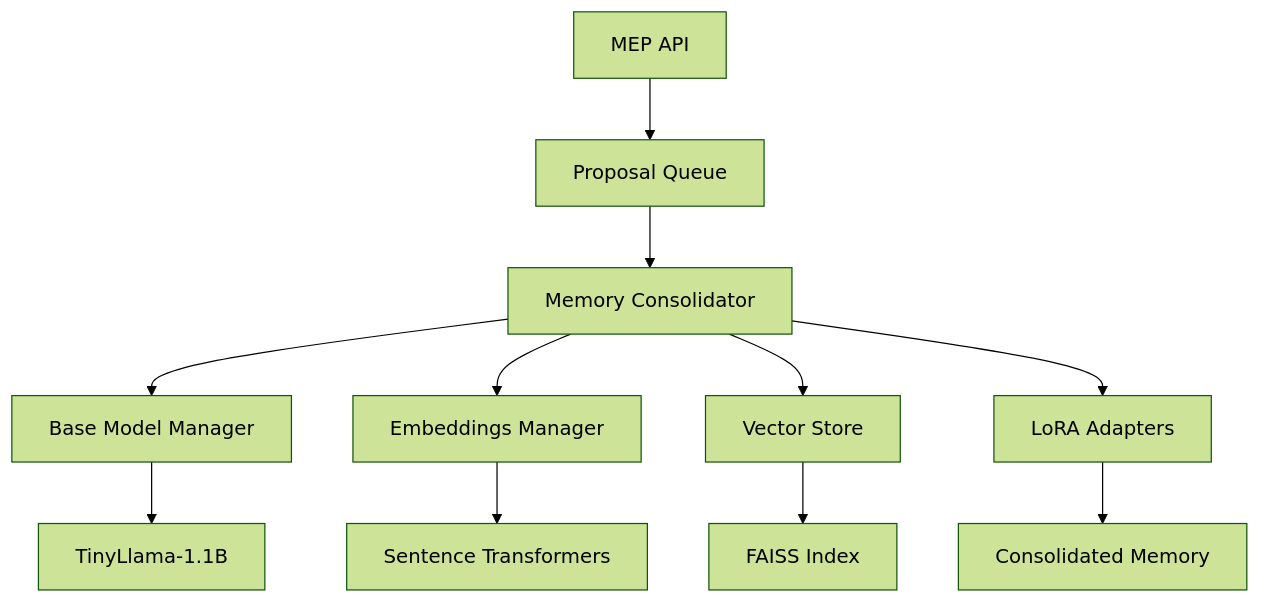
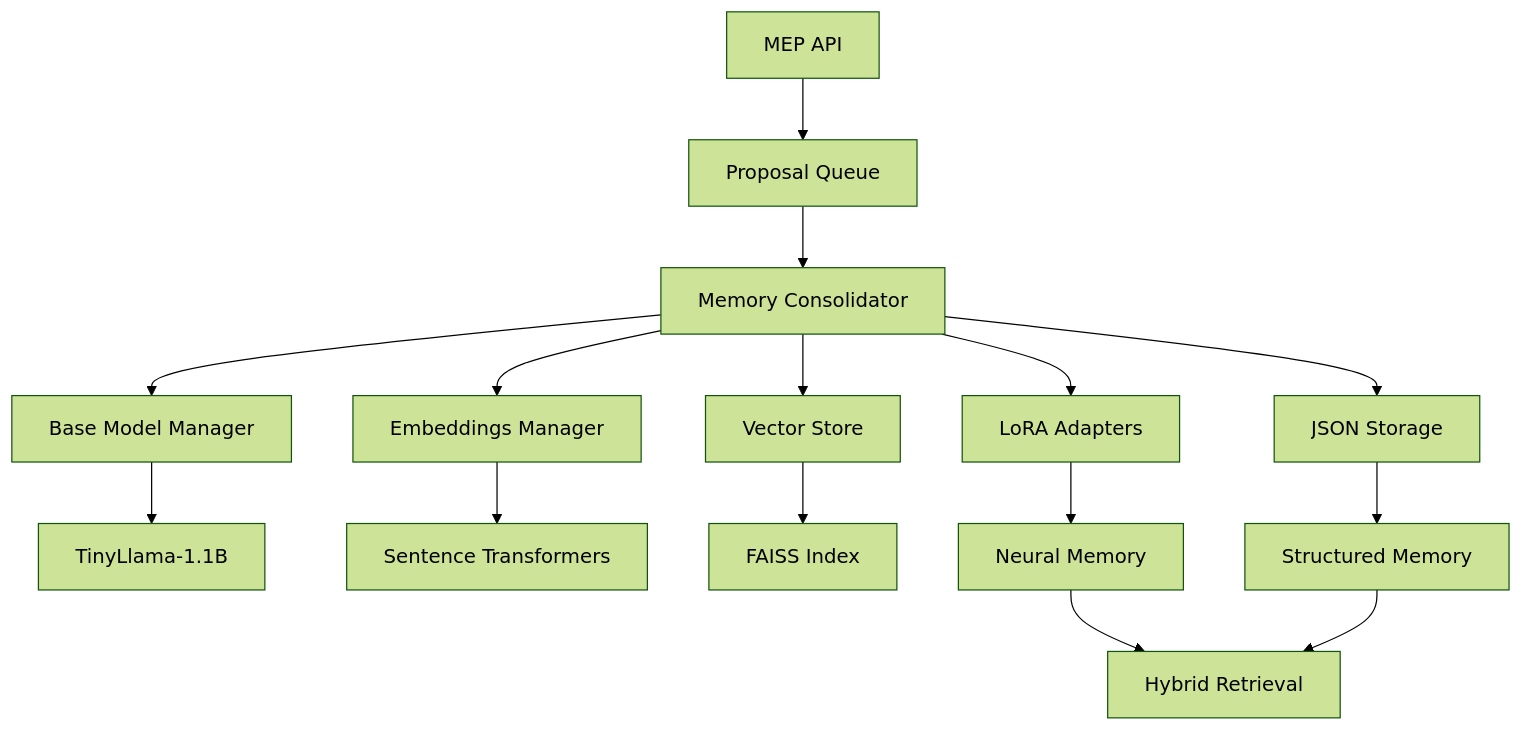
Before and after one commit to diazvaldiviav/Minimous_Concsience_AI: the diagram in sc-memory-system/README.md, drawn with Mermaid (forest theme). The commit also changed other lines of this file and 6 other files, not shown here.

First line of the commit message:
feat: Implement Hybrid Memory Architecture for SC System

````diff
--- a/sc-memory-system/README.md
+++ b/sc-memory-system/README.md
@@ -36,13 +67,17 @@
 ```mermaid
 graph TD
     A[MEP API] --> B[Proposal Queue]
     B --> C[Memory Consolidator]
     C --> D[Base Model Manager]
     C --> E[Embeddings Manager]
     C --> F[Vector Store]
     D --> G[TinyLlama-1.1B]
     E --> H[Sentence Transformers]
     F --> I[FAISS Index]
     C --> J[LoRA Adapters]
-    J --> K[Consolidated Memory]
+    C --> L[JSON Storage]
+    J --> K[Neural Memory]
+    L --> M[Structured Memory]
+    K --> N[Hybrid Retrieval]
+    M --> N
 ```
````
